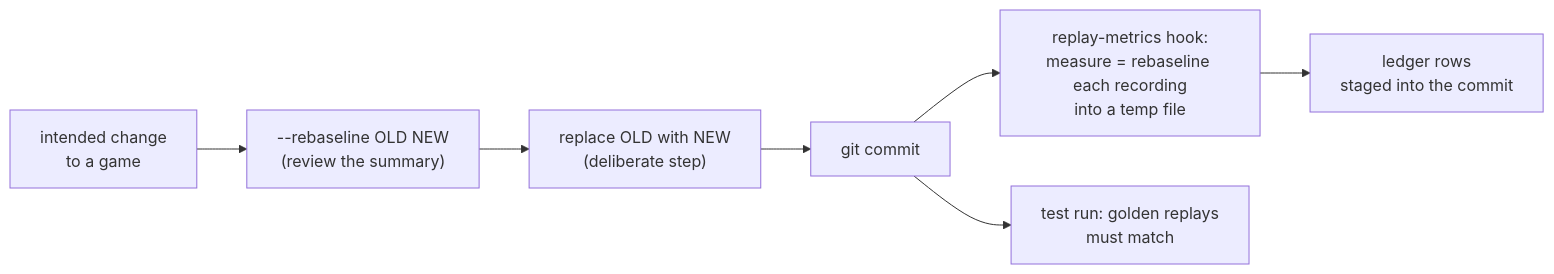
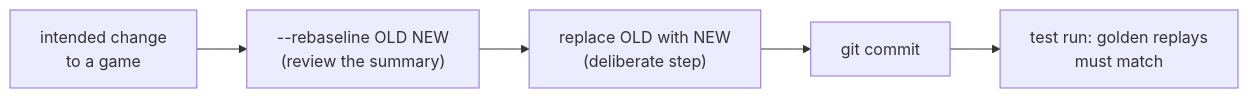
The third of 4 diagrams in docs/architecture/playback/testing.md (terrysimons/glitchygames), drawn with Mermaid before and after one commit. The commit also changed other lines of this file and 10 other files, not shown here.

Commit message:
Hooks: stop committing replay-ledger rows (no measuring hook at commit or push) (#284)

````diff
--- a/docs/architecture/playback/testing.md
+++ b/docs/architecture/playback/testing.md
@@ -104,9 +105,7 @@
 ```mermaid
 flowchart LR
     change["intended change<br/>to a game"] --> rb["--rebaseline OLD NEW<br/>(review the summary)"]
     rb --> replace["replace OLD with NEW<br/>(deliberate step)"]
     replace --> commit["git commit"]
-    commit --> hook["replay-metrics hook:<br/>measure = rebaseline each recording<br/>into a temp file"]
-    hook --> rows["ledger rows<br/>staged into the commit"]
     commit --> suite["test run: golden replays<br/>must match"]
 ```
````
